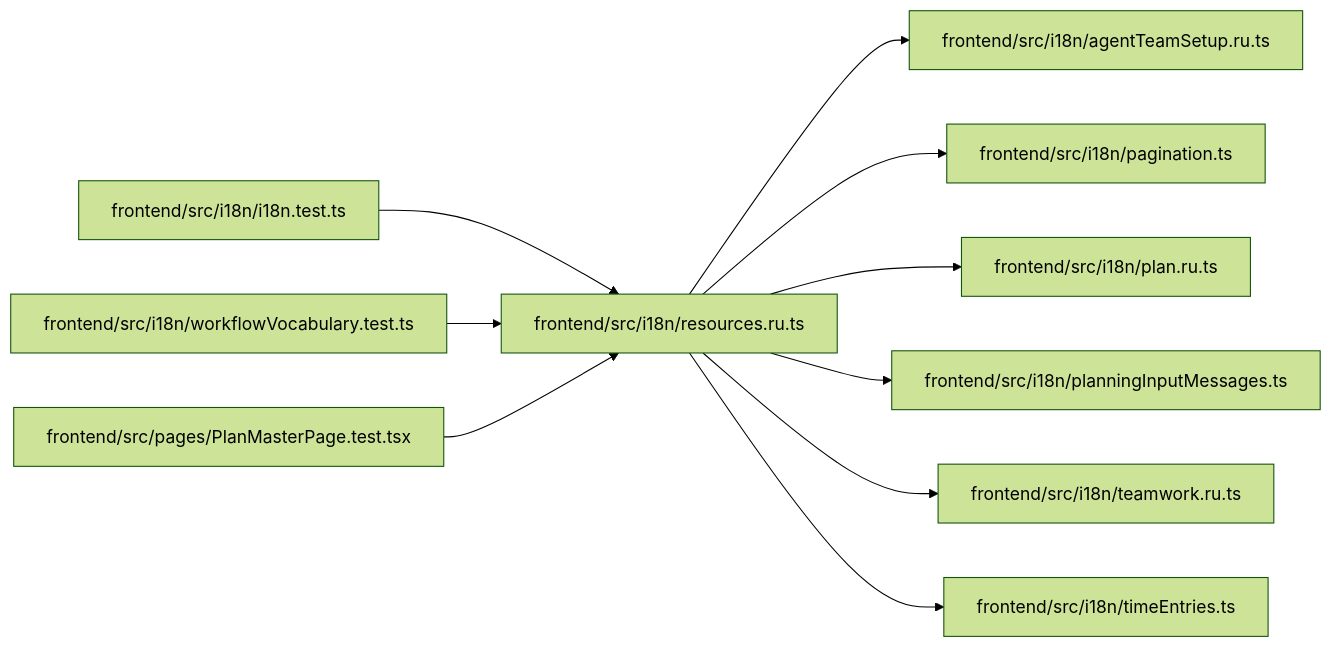
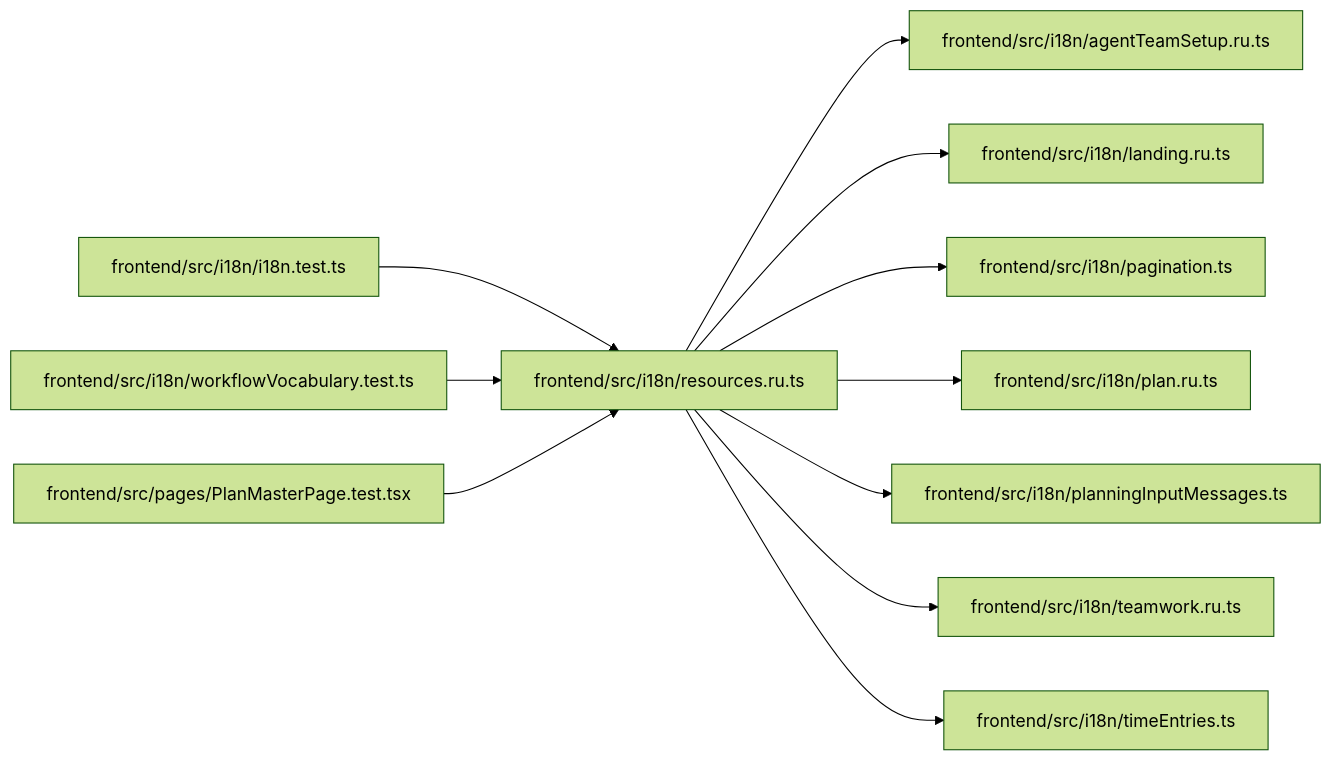
One commit to Denissvgn/WorkChord changed the diagram in docs/llm_wiki/modules/resources.ru.md. Above: the diagram before and after it, drawn with Mermaid (forest theme). The commit also changed other lines of this file and 304 other files, not shown here.

````diff
--- a/docs/llm_wiki/modules/resources.ru.md
+++ b/docs/llm_wiki/modules/resources.ru.md
@@ -30,32 +31,35 @@
 ```mermaid
 flowchart LR
     n0["frontend/src/i18n/agentTeamSetup.ru.ts"]
     n1["frontend/src/i18n/i18n.test.ts"]
-    n2["frontend/src/i18n/pagination.ts"]
-    n3["frontend/src/i18n/plan.ru.ts"]
-    n4["frontend/src/i18n/planningInputMessages.ts"]
-    n5["frontend/src/i18n/resources.ru.ts"]
-    n6["frontend/src/i18n/teamwork.ru.ts"]
-    n7["frontend/src/i18n/timeEntries.ts"]
-    n8["frontend/src/i18n/workflowVocabulary.test.ts"]
-    n9["frontend/src/pages/PlanMasterPage.test.tsx"]
-    n1 --> n5
-    n5 --> n0
-    n5 --> n2
-    n5 --> n3
-    n5 --> n4
-    n5 --> n6
-    n5 --> n7
-    n8 --> n5
-    n9 --> n5
+    n2["frontend/src/i18n/landing.ru.ts"]
+    n3["frontend/src/i18n/pagination.ts"]
+    n4["frontend/src/i18n/plan.ru.ts"]
+    n5["frontend/src/i18n/planningInputMessages.ts"]
+    n6["frontend/src/i18n/resources.ru.ts"]
+    n7["frontend/src/i18n/teamwork.ru.ts"]
+    n8["frontend/src/i18n/timeEntries.ts"]
+    n9["frontend/src/i18n/workflowVocabulary.test.ts"]
+    n10["frontend/src/pages/PlanMasterPage.test.tsx"]
+    n1 --> n6
+    n6 --> n0
+    n6 --> n2
+    n6 --> n3
+    n6 --> n4
+    n6 --> n5
+    n6 --> n7
+    n6 --> n8
+    n9 --> n6
+    n10 --> n6
     click n0 "../modules/agentTeamSetup.ru.md"
     click n1 "../modules/i18n.test.md"
-    click n2 "../modules/pagination.md"
-    click n3 "../modules/plan.ru.md"
-    click n4 "../modules/planningInputMessages.md"
-    click n5 "../modules/resources.ru.md"
-    click n6 "../modules/teamwork.ru.md"
-    click n7 "../modules/timeEntries.md"
-    click n8 "../modules/workflowVocabulary.test.md"
-    click n9 "../modules/PlanMasterPage.test.md"
+    click n2 "../modules/landing.ru.md"
+    click n3 "../modules/pagination.md"
+    click n4 "../modules/plan.ru.md"
+    click n5 "../modules/planningInputMessages.md"
+    click n6 "../modules/resources.ru.md"
+    click n7 "../modules/teamwork.ru.md"
+    click n8 "../modules/timeEntries.md"
+    click n9 "../modules/workflowVocabulary.test.md"
+    click n10 "../modules/PlanMasterPage.test.md"
 ```
````
